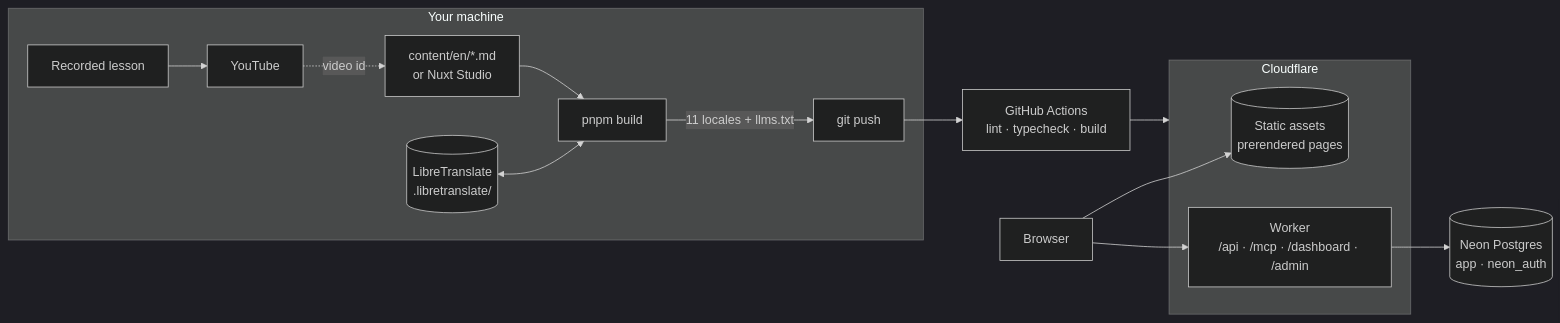
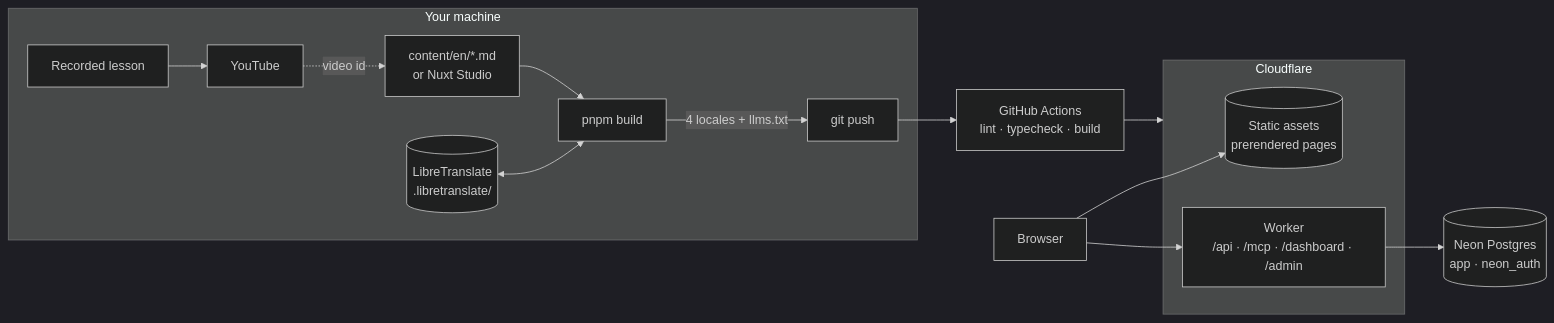
One commit to imswarnil/CRM-Analytics-Academy changed the diagram in README.md. Above: the diagram before and after it, drawn with Mermaid (dark theme). The commit also changed other lines of this file and 1202 other files, not shown here.

````diff
--- a/README.md
+++ b/README.md
@@ -125,18 +125,18 @@
 ```mermaid
 flowchart LR
   subgraph Mac[Your machine]
     MD[content/en/*.md<br/>or Nuxt Studio] --> B[pnpm build]
     LT[(LibreTranslate<br/>.libretranslate/)] <--> B
-    B -->|11 locales + llms.txt| G[git push]
+    B -->|4 locales + llms.txt| G[git push]
     REC[Recorded lesson] --> YT[YouTube] -.video id.-> MD
   end
   G --> CI[GitHub Actions<br/>lint · typecheck · build]
   CI --> CF
   subgraph CF[Cloudflare]
     A[(Static assets<br/>prerendered pages)]
     W[Worker<br/>/api · /mcp · /dashboard · /admin]
   end
   W --> NEON[(Neon Postgres<br/>app · neon_auth)]
   Browser --> A
   Browser --> W
 ```
````
